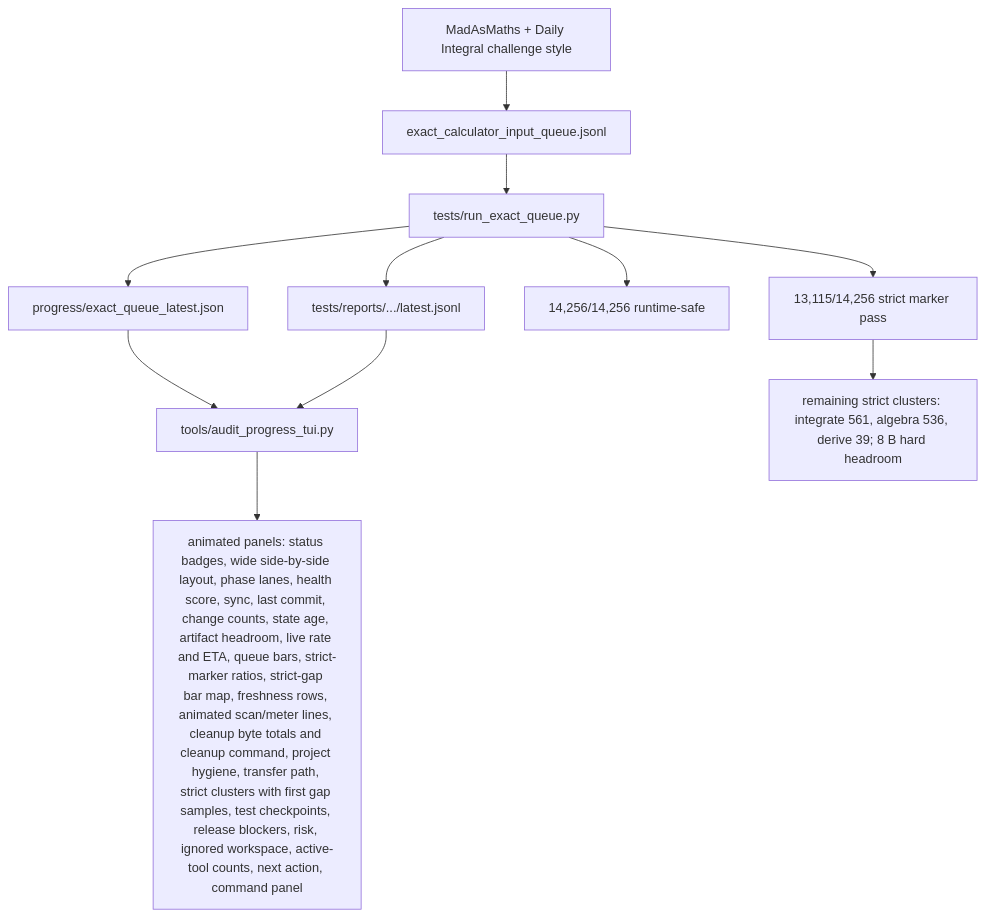
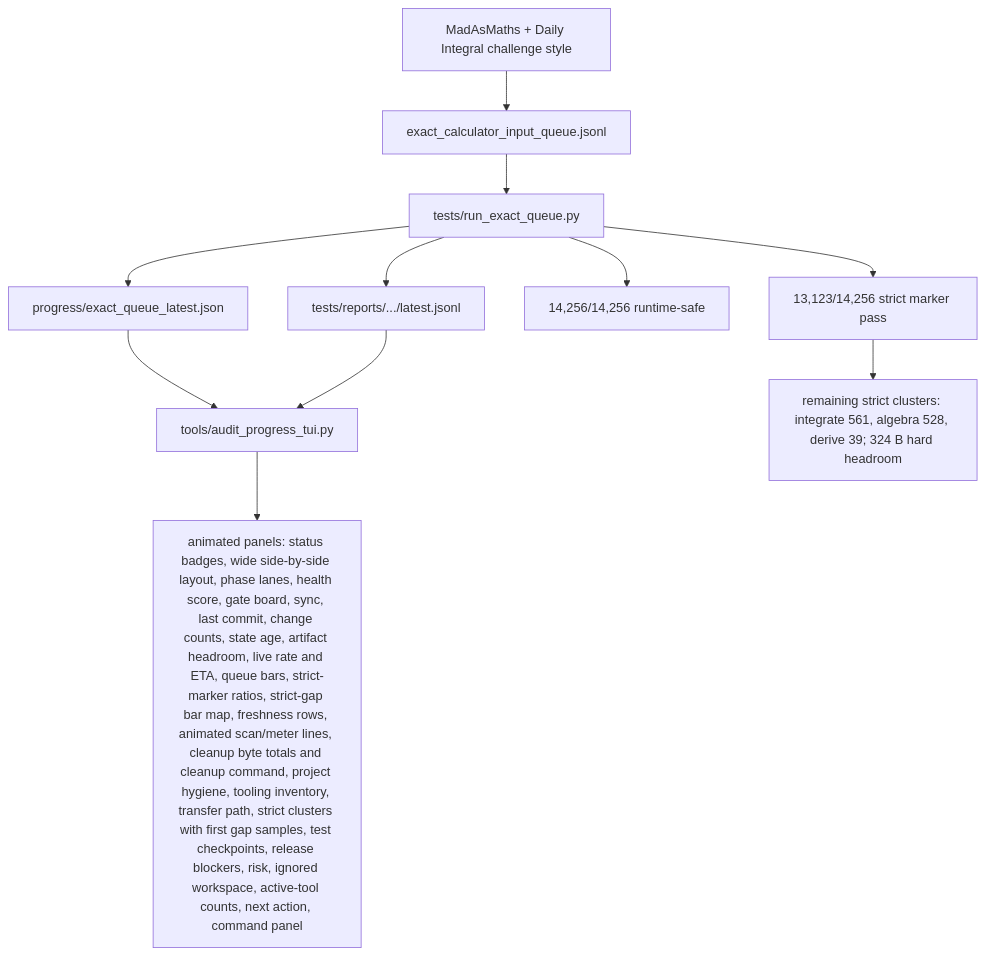
One commit to james8464/notes-addin-casio-fx-cg50 changed the fifth of 6 diagrams in docs/GRAPH.md. Above: the diagram before and after it, drawn with Mermaid. The commit also changed other lines of this file and 3 other files, not shown here.

````diff
--- a/docs/GRAPH.md
+++ b/docs/GRAPH.md
@@ -62,13 +62,13 @@
 ```mermaid
 graph TD
   Online["MadAsMaths + Daily Integral challenge style"] --> Queue["exact_calculator_input_queue.jsonl"]
   Queue --> Runner["tests/run_exact_queue.py"]
   Runner --> Live["progress/exact_queue_latest.json"]
   Runner --> Report["tests/reports/.../latest.jsonl"]
   Live --> TUI["tools/audit_progress_tui.py"]
   Report --> TUI
-  TUI --> Panels["animated panels: status badges, wide side-by-side layout, phase lanes, health score, sync, last commit, change counts, state age, artifact headroom, live rate and ETA, queue bars, strict-marker ratios, strict-gap bar map, freshness rows, animated scan/meter lines, cleanup byte totals and cleanup command, project hygiene, transfer path, strict clusters with first gap samples, test checkpoints, release blockers, risk, ignored workspace, active-tool counts, next action, command panel"]
+  TUI --> Panels["animated panels: status badges, wide side-by-side layout, phase lanes, health score, gate board, sync, last commit, change counts, state age, artifact headroom, live rate and ETA, queue bars, strict-marker ratios, strict-gap bar map, freshness rows, animated scan/meter lines, cleanup byte totals and cleanup command, project hygiene, tooling inventory, transfer path, strict clusters with first gap samples, test checkpoints, release blockers, risk, ignored workspace, active-tool counts, next action, command panel"]
   Runner --> Runtime["14,256/14,256 runtime-safe"]
-  Runner --> Strict["13,115/14,256 strict marker pass"]
-  Strict --> Remaining["remaining strict clusters: integrate 561, algebra 536, derive 39; 8 B hard headroom"]
+  Runner --> Strict["13,123/14,256 strict marker pass"]
+  Strict --> Remaining["remaining strict clusters: integrate 561, algebra 528, derive 39; 324 B hard headroom"]
 ```
````
